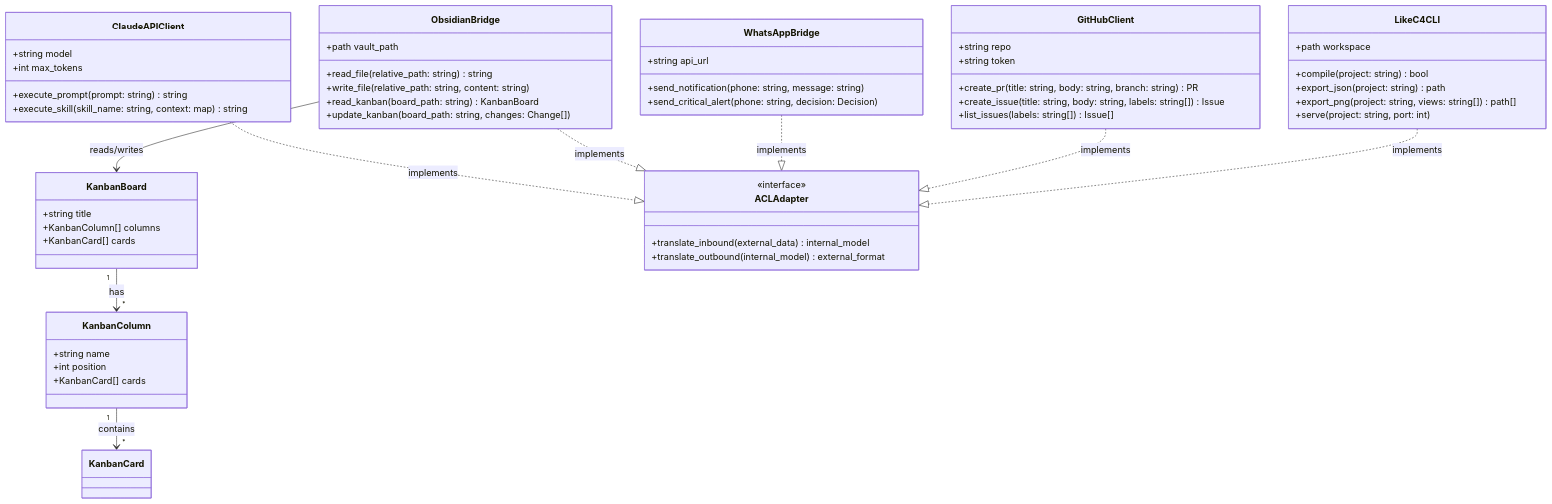
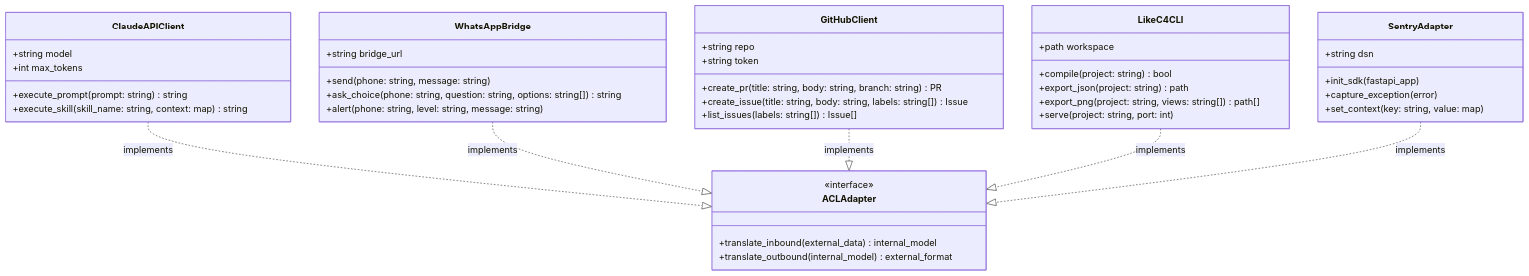
Before and after one commit to paceautomations/madruga.ai: the fifth of 6 diagrams in platforms/madruga-ai/engineering/domain-model.md, drawn with Mermaid. The commit also changed other lines of this file and 7 other files, not shown here.

First line of the commit message:
feat: update LikeC4 model and engineering docs — remove Obsidian, add DAG Executor + Sentry

````diff
--- a/platforms/madruga-ai/engineering/domain-model.md
+++ b/platforms/madruga-ai/engineering/domain-model.md
@@ -464,66 +464,51 @@
 ```mermaid
 classDiagram
     class ClaudeAPIClient {
         +string model
         +int max_tokens
         +execute_prompt(prompt: string) string
         +execute_skill(skill_name: string, context: map) string
     }
 
-    class ObsidianBridge {
-        +path vault_path
-        +read_file(relative_path: string) string
-        +write_file(relative_path: string, content: string)
-        +read_kanban(board_path: string) KanbanBoard
-        +update_kanban(board_path: string, changes: Change[])
-    }
-
-    class KanbanBoard {
-        +string title
-        +KanbanColumn[] columns
-        +KanbanCard[] cards
-    }
-
-    class KanbanColumn {
-        +string name
-        +int position
-        +KanbanCard[] cards
-    }
-
     class WhatsAppBridge {
-        +string api_url
-        +send_notification(phone: string, message: string)
-        +send_critical_alert(phone: string, decision: Decision)
+        +string bridge_url
+        +send(phone: string, message: string)
+        +ask_choice(phone: string, question: string, options: string[]) string
+        +alert(phone: string, level: string, message: string)
     }
 
     class GitHubClient {
         +string repo
         +string token
         +create_pr(title: string, body: string, branch: string) PR
         +create_issue(title: string, body: string, labels: string[]) Issue
         +list_issues(labels: string[]) Issue[]
     }
 
     class LikeC4CLI {
         +path workspace
         +compile(project: string) bool
         +export_json(project: string) path
         +export_png(project: string, views: string[]) path[]
         +serve(project: string, port: int)
     }
 
+    class SentryAdapter {
+        +string dsn
+        +init_sdk(fastapi_app)
+        +capture_exception(error)
+        +set_context(key: string, value: map)
+    }
+
     class ACLAdapter {
         <<interface>>
         +translate_inbound(external_data) internal_model
         +translate_outbound(internal_model) external_format
     }
 
-    ObsidianBridge --> KanbanBoard : reads/writes
-    KanbanBoard "1" --> "*" KanbanColumn : has
-    KanbanColumn "1" --> "*" KanbanCard : contains
     ClaudeAPIClient ..|> ACLAdapter : implements
-    ObsidianBridge ..|> ACLAdapter : implements
     WhatsAppBridge ..|> ACLAdapter : implements
     GitHubClient ..|> ACLAdapter : implements
     LikeC4CLI ..|> ACLAdapter : implements
+    SentryAdapter ..|> ACLAdapter : implements
 ```
````
